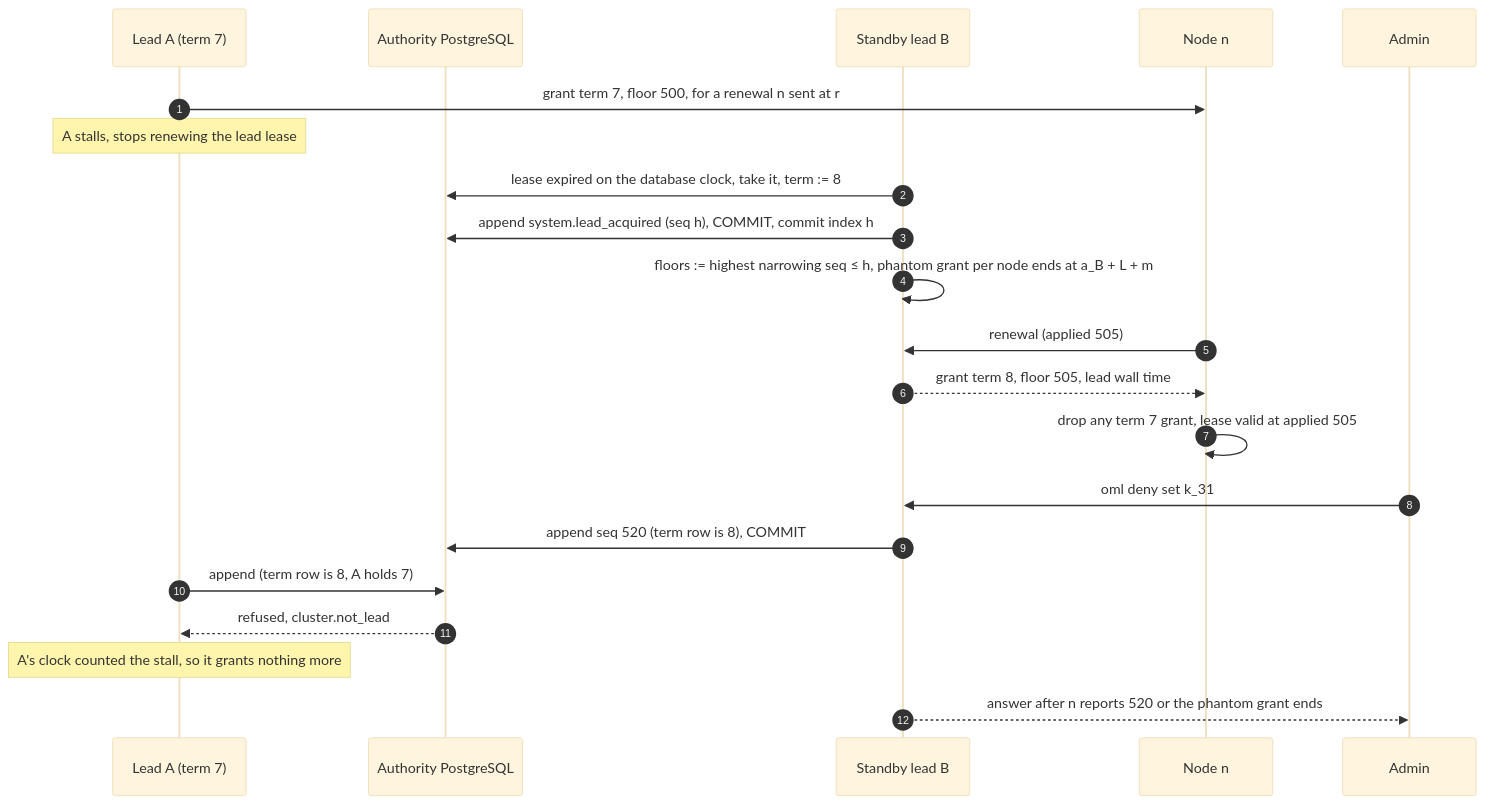
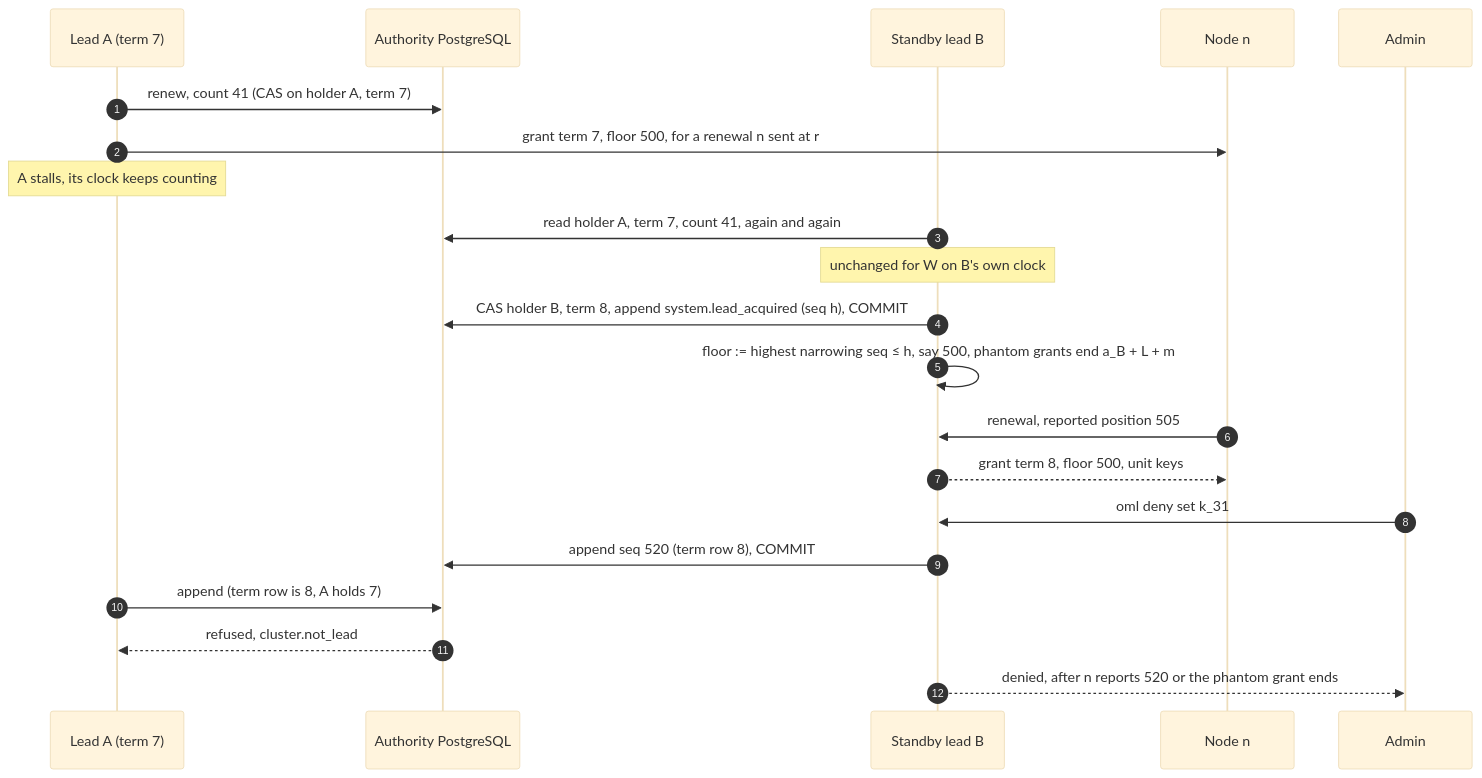
Before and after one commit to e8kor/open-memory-lab: the fourth of 4 diagrams in docs/adr/ADR-0073-a-leader-signs-every-write-and-nodes-serve-the-workareas-placed-on-them-each-read-routed-to-the-closest-less-busy-replica-fresh-enough-for-it.md, drawn with Mermaid (base theme). The commit also changed other lines of this file and 3 other files, not shown here.

First line of the commit message:
ADR-0073 round 2: succession on the successor's own clock, a send check for reads in flight, unit keys, and phase 1a

````diff
--- a/docs/adr/ADR-0073-a-leader-signs-every-write-and-nodes-serve-the-workareas-placed-on-them-each-read-routed-to-the-closest-less-busy-replica-fresh-enough-for-it.md
+++ b/docs/adr/ADR-0073-a-leader-signs-every-write-and-nodes-serve-the-workareas-placed-on-them-each-read-routed-to-the-closest-less-busy-replica-fresh-enough-for-it.md
@@ -808,23 +537,23 @@
 ```mermaid
 sequenceDiagram
     autonumber
     participant A as Lead A (term 7)
     participant DB as Authority PostgreSQL
     participant B as Standby lead B
     participant N as Node n
     participant Ad as Admin
+    A->>DB: renew, count 41 (CAS on holder A, term 7)
     A->>N: grant term 7, floor 500, for a renewal n sent at r
-    Note over A: A stalls, stops renewing the lead lease
-    B->>DB: lease expired on the database clock, take it, term := 8
-    B->>DB: append system.lead_acquired (seq h), COMMIT, commit index h
-    B->>B: floors := highest narrowing seq ≤ h, phantom grant per node ends at a_B + L + m
-    N->>B: renewal (applied 505)
-    B-->>N: grant term 8, floor 505, lead wall time
-    N->>N: drop any term 7 grant, lease valid at applied 505
+    Note over A: A stalls, its clock keeps counting
+    B->>DB: read holder A, term 7, count 41, again and again
+    Note over B: unchanged for W on B's own clock
+    B->>DB: CAS holder B, term 8, append system.lead_acquired (seq h), COMMIT
+    B->>B: floor := highest narrowing seq ≤ h, say 500, phantom grants end a_B + L + m
+    N->>B: renewal, reported position 505
+    B-->>N: grant term 8, floor 500, unit keys
     Ad->>B: oml deny set k_31
-    B->>DB: append seq 520 (term row is 8), COMMIT
+    B->>DB: append seq 520 (term row 8), COMMIT
     A->>DB: append (term row is 8, A holds 7)
     DB-->>A: refused, cluster.not_lead
-    Note over A: A's clock counted the stall, so it grants nothing more
-    B-->>Ad: answer after n reports 520 or the phantom grant ends
+    B-->>Ad: denied, after n reports 520 or the phantom grant ends
 ```
````
